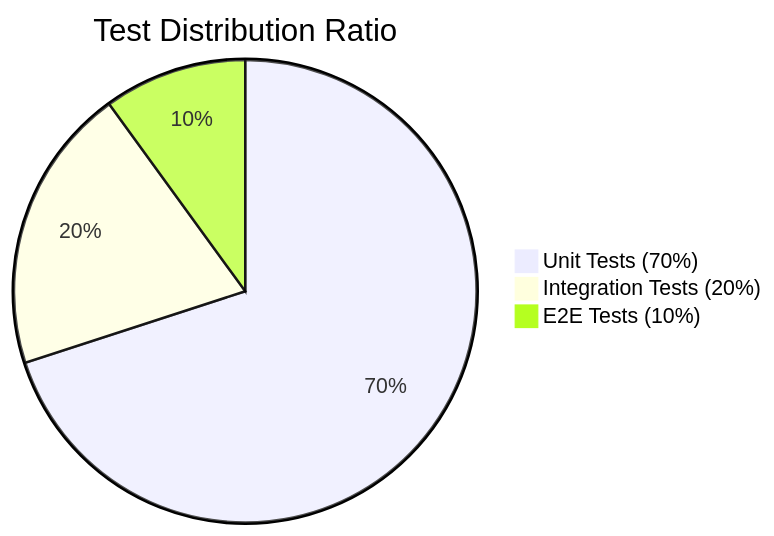
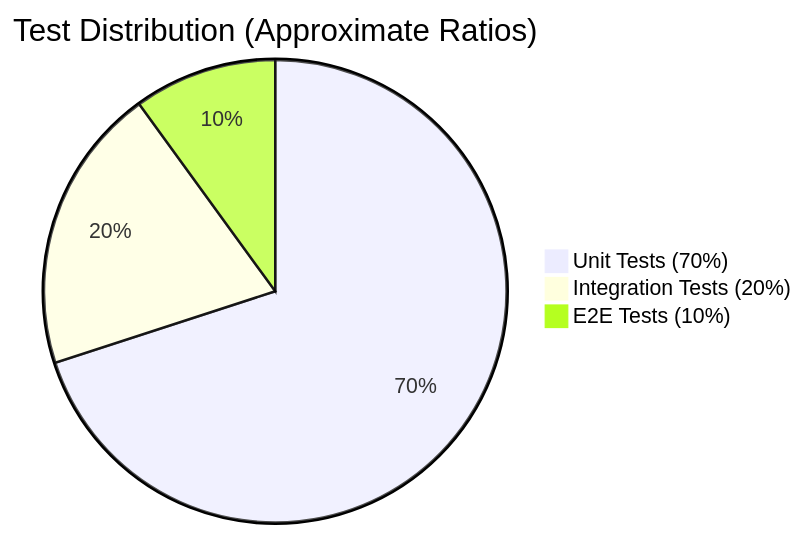
Before and after one commit to OlivierBORDEREAU/ImTheTestomancerAndImTesting: the diagram in README.md, drawn with Mermaid. The commit also changed other lines of this file and 7 other files, not shown here.

````diff
--- a/README.md
+++ b/README.md
@@ -128,6 +125,6 @@
 ```mermaid
-pie title Test Distribution Ratio
+pie title Test Distribution (Approximate Ratios)
     "Unit Tests (70%)" : 70
     "Integration Tests (20%)" : 20
     "E2E Tests (10%)" : 10
 ```
````
